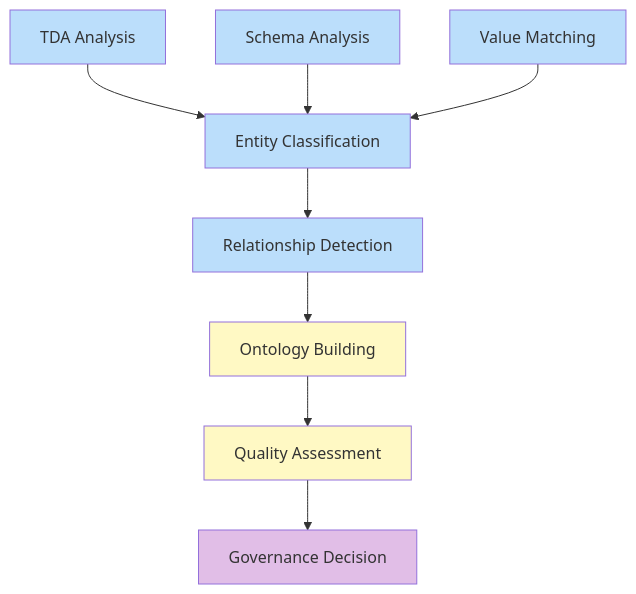
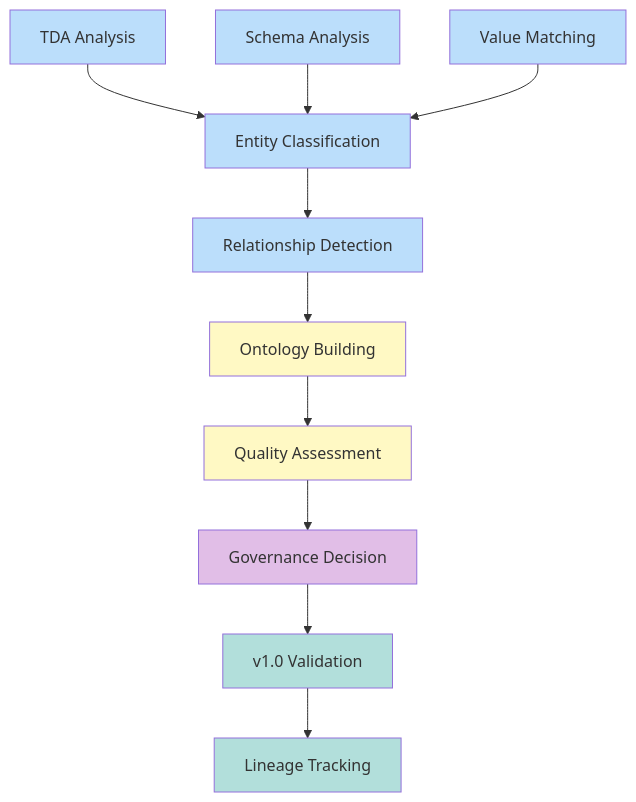
The seventh of 10 diagrams in docs/diagrams/README.md (sabill123/ontology), drawn with Mermaid before and after one commit. The commit also changed other lines of this file and 176 other files, not shown here.

````diff
--- a/docs/diagrams/README.md
+++ b/docs/diagrams/README.md
@@ -182,28 +252,34 @@
 ```mermaid
 graph TD
     T1[TDA Analysis]
     T2[Schema Analysis]
     T3[Value Matching]
     T4[Entity Classification]
     T5[Relationship Detection]
     T6[Ontology Building]
     T7[Quality Assessment]
     T8[Governance Decision]
+    T9[v1.0 Validation]
+    T10[Lineage Tracking]
 
     T1 --> T4
     T2 --> T4
     T3 --> T4
     T4 --> T5
     T5 --> T6
     T6 --> T7
     T7 --> T8
+    T8 --> T9
+    T9 --> T10
 
     style T1 fill:#bbdefb
     style T2 fill:#bbdefb
     style T3 fill:#bbdefb
     style T4 fill:#bbdefb
     style T5 fill:#bbdefb
     style T6 fill:#fff9c4
     style T7 fill:#fff9c4
     style T8 fill:#e1bee7
+    style T9 fill:#b2dfdb
+    style T10 fill:#b2dfdb
 ```
````
